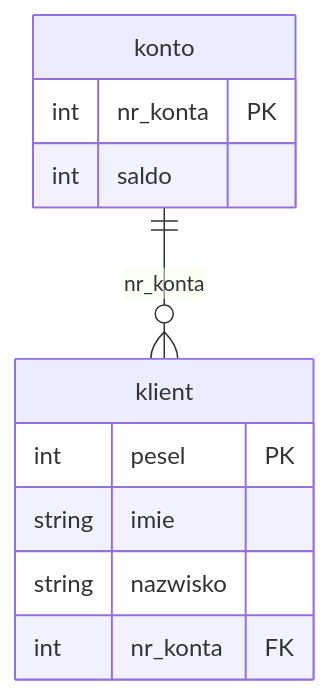
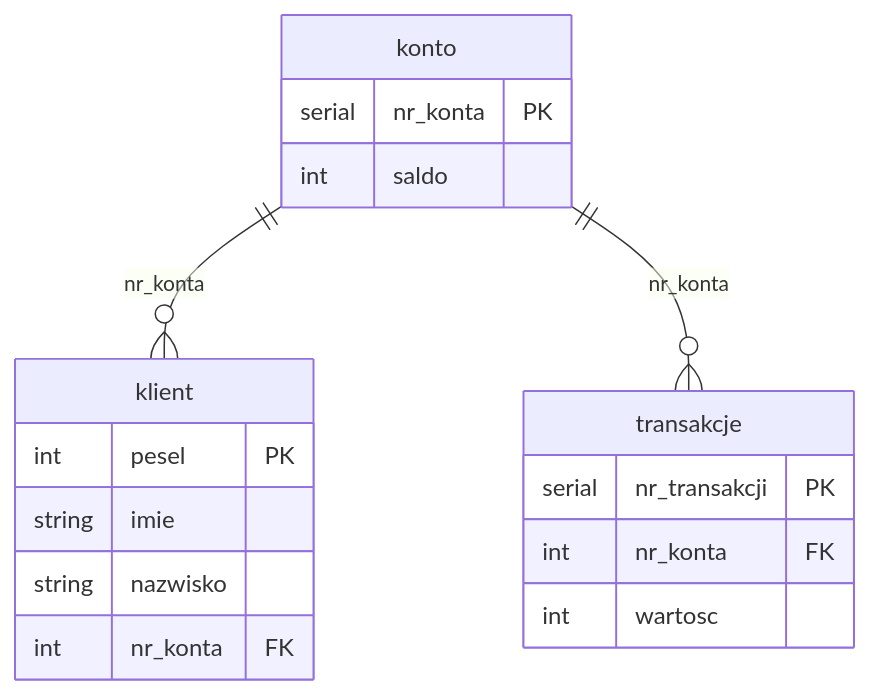
The diagram in README.md (martafigurska/MIniBank), drawn with Mermaid before and after one commit.

Commit message:
db schema update

````diff
--- a/README.md
+++ b/README.md
@@ -8,17 +8,24 @@
 ```mermaid
 erDiagram
     klient {
         int pesel PK
         string imie
         string nazwisko
         int nr_konta FK 
     }
 
     konto {
-        int nr_konta PK
+        serial nr_konta PK
         int saldo 
     }
 
+    transakcje{
+        serial nr_transakcji PK
+        int nr_konta FK
+        int wartosc
+    }
+
     konto ||--o{ klient : "nr_konta"
+    konto ||--o{ transakcje : "nr_konta"
 
 ```
````
